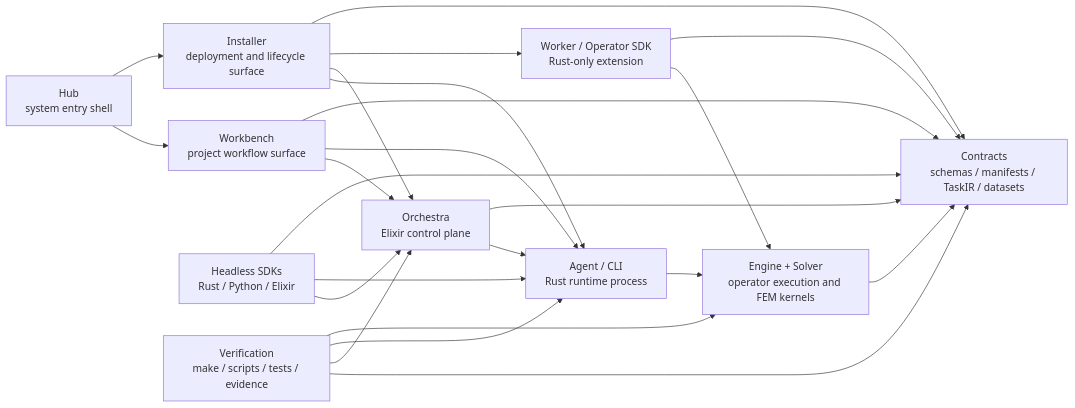
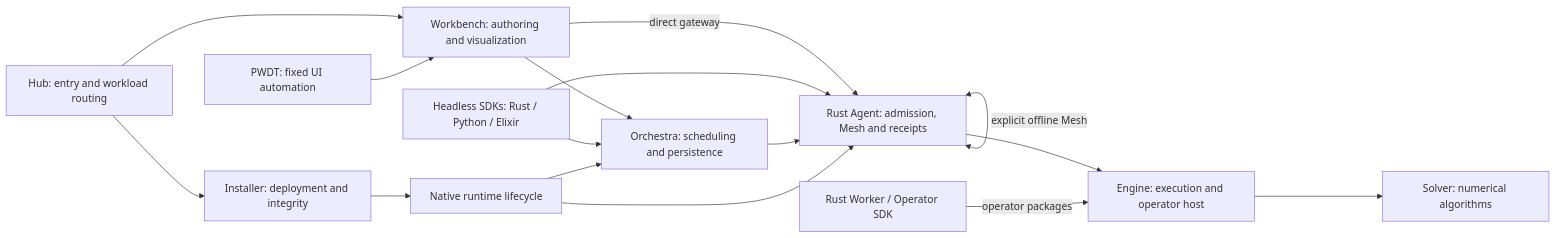
The diagram in docs/current-architecture-map.md (Team-silvortex/kyuubiki), drawn with Mermaid before and after one commit. The commit also changed other lines of this file and 88 other files, not shown here.

````diff
--- a/docs/current-architecture-map.md
+++ b/docs/current-architecture-map.md
@@ -12,36 +14,30 @@
 ```mermaid
 flowchart LR
-  Hub["Hub\nsystem entry shell"]
-  Workbench["Workbench\nproject workflow surface"]
-  Installer["Installer\ndeployment and lifecycle surface"]
-  SDK["Headless SDKs\nRust / Python / Elixir"]
-  OperatorSDK["Worker / Operator SDK\nRust-only extension"]
-  Control["Orchestra\nElixir control plane"]
-  Agent["Agent / CLI\nRust runtime process"]
-  Engine["Engine + Solver\noperator execution and FEM kernels"]
-  Contracts["Contracts\nschemas / manifests / TaskIR / datasets"]
-  Verify["Verification\nmake / scripts / tests / evidence"]
+  Hub["Hub: entry and workload routing"]
+  UI["Workbench: authoring and visualization"]
+  Installer["Installer: deployment and integrity"]
+  PWDT["PWDT: fixed UI automation"]
+  SDK["Headless SDKs: Rust / Python / Elixir"]
+  Control["Orchestra: scheduling and persistence"]
+  Agent["Rust Agent: admission, Mesh and receipts"]
+  Engine["Engine: execution and operator host"]
+  Solver["Solver: numerical algorithms"]
+  Worker["Rust Worker / Operator SDK"]
+  Lifecycle["Native runtime lifecycle"]
 
-  Hub --> Workbench
+  Hub --> UI
   Hub --> Installer
-  Workbench --> Control
-  Workbench --> Agent
+  PWDT --> UI
+  UI --> Control
+  UI -->|direct gateway| Agent
   SDK --> Control
   SDK --> Agent
-  OperatorSDK --> Engine
-  Installer --> Agent
-  Installer --> Control
-  Installer --> OperatorSDK
   Control --> Agent
+  Agent <-->|explicit offline Mesh| Agent
   Agent --> Engine
-  Engine --> Contracts
-  Control --> Contracts
-  SDK --> Contracts
-  OperatorSDK --> Contracts
-  Workbench --> Contracts
-  Installer --> Contracts
-  Verify --> Contracts
-  Verify --> Control
-  Verify --> Agent
-  Verify --> Engine
+  Engine --> Solver
+  Worker -->|operator packages| Engine
+  Installer --> Lifecycle
+  Lifecycle --> Control
+  Lifecycle --> Agent
 ```
````
